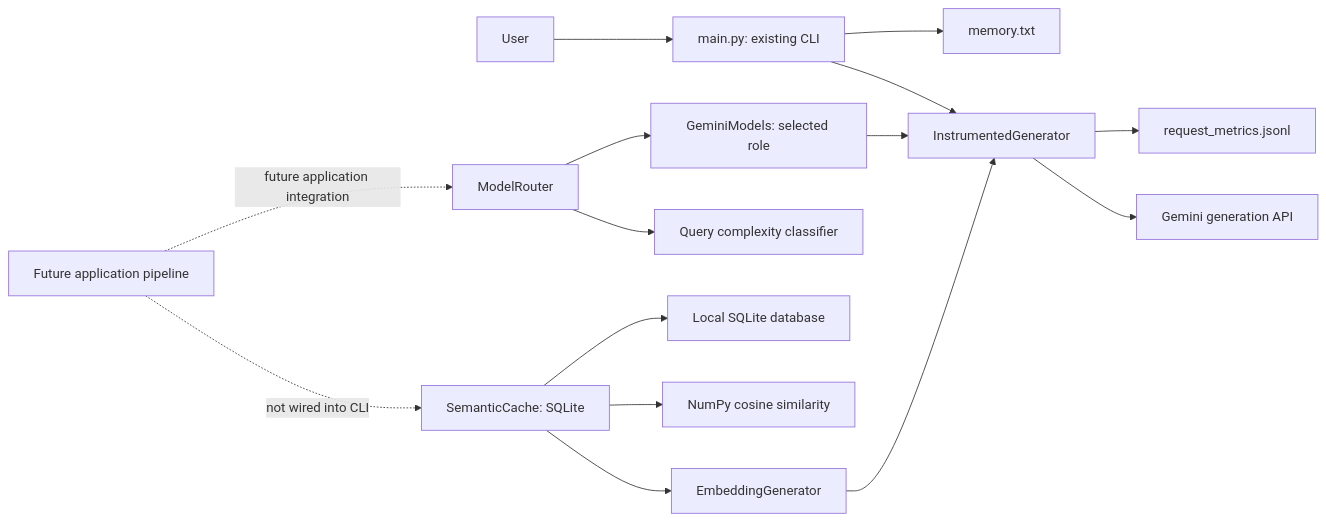
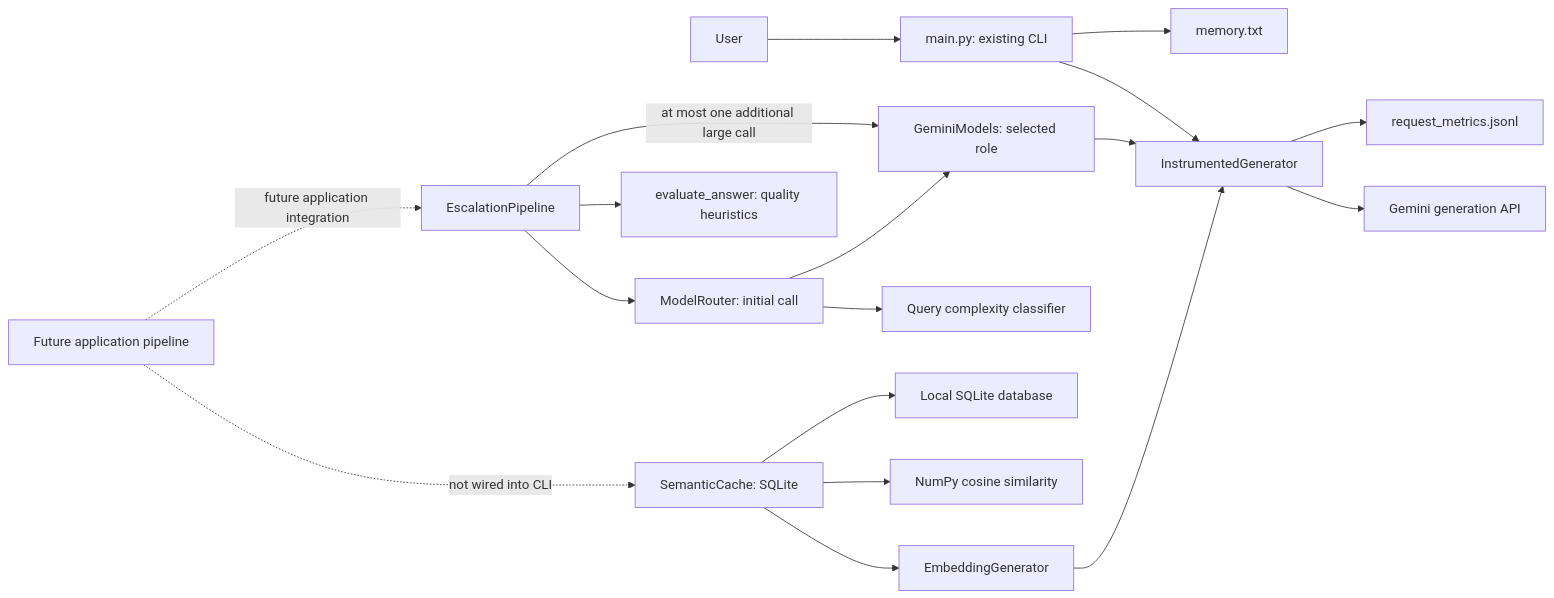
Before and after one commit to omkharad100x/llm-cost-router: the diagram in README.md, drawn with Mermaid. The commit also changed other lines of this file and 2 other files, not shown here.

Commit message:
feat: implement answer quality escalation

````diff
--- a/README.md
+++ b/README.md
@@ -24,18 +25,21 @@
 ```mermaid
 flowchart LR
     User --> CLI["main.py: existing CLI"]
     CLI --> Gen["InstrumentedGenerator"]
     Gen --> Gemini["Gemini generation API"]
     Gen --> Metrics["request_metrics.jsonl"]
     CLI --> Memory["memory.txt"]
 
     Future["Future application pipeline"] -. "not wired into CLI" .-> Cache["SemanticCache: SQLite"]
     Cache --> Embed["EmbeddingGenerator"]
     Embed --> Gen
     Cache --> Similarity["NumPy cosine similarity"]
     Cache --> DB["Local SQLite database"]
-    Future -. "future application integration" .-> Router["ModelRouter"]
+    Future -. "future application integration" .-> Escalation["EscalationPipeline"]
+    Escalation --> Router["ModelRouter: initial call"]
+    Escalation --> Quality["evaluate_answer: quality heuristics"]
+    Escalation --> |"at most one additional large call"| Models
     Router --> Classifier["Query complexity classifier"]
     Router --> Models["GeminiModels: selected role"]
     Models --> Gen
 ```
````
